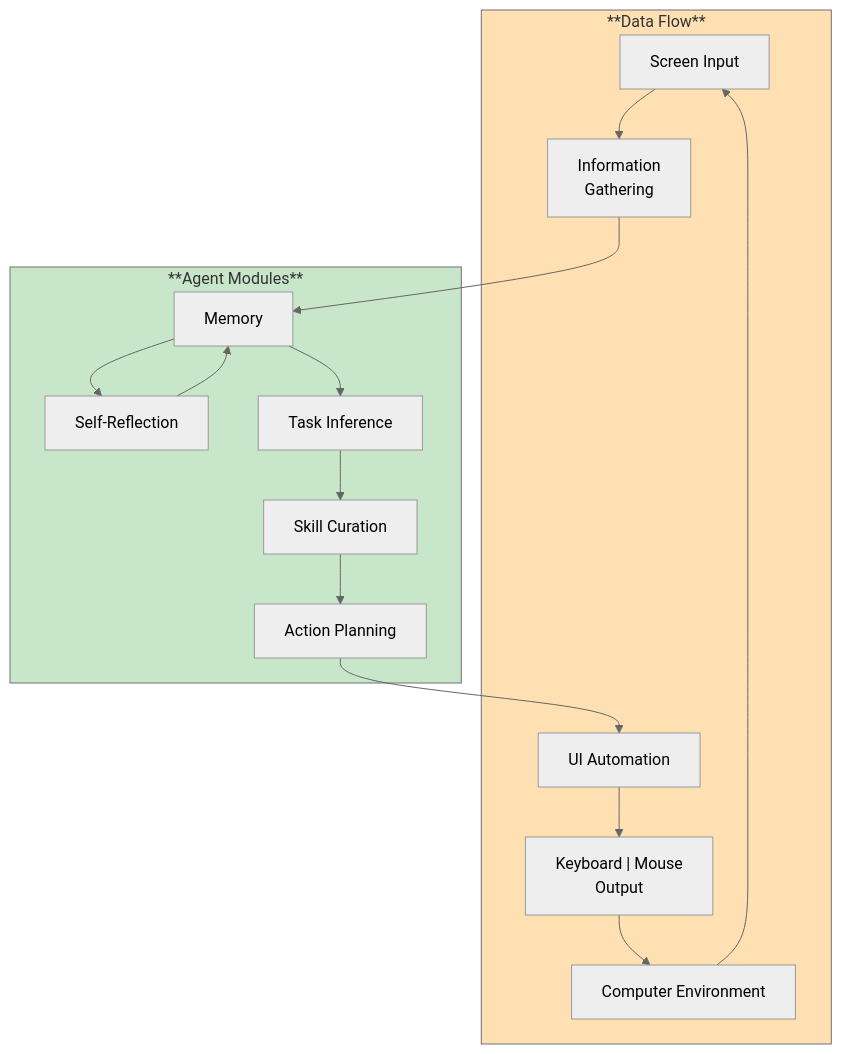
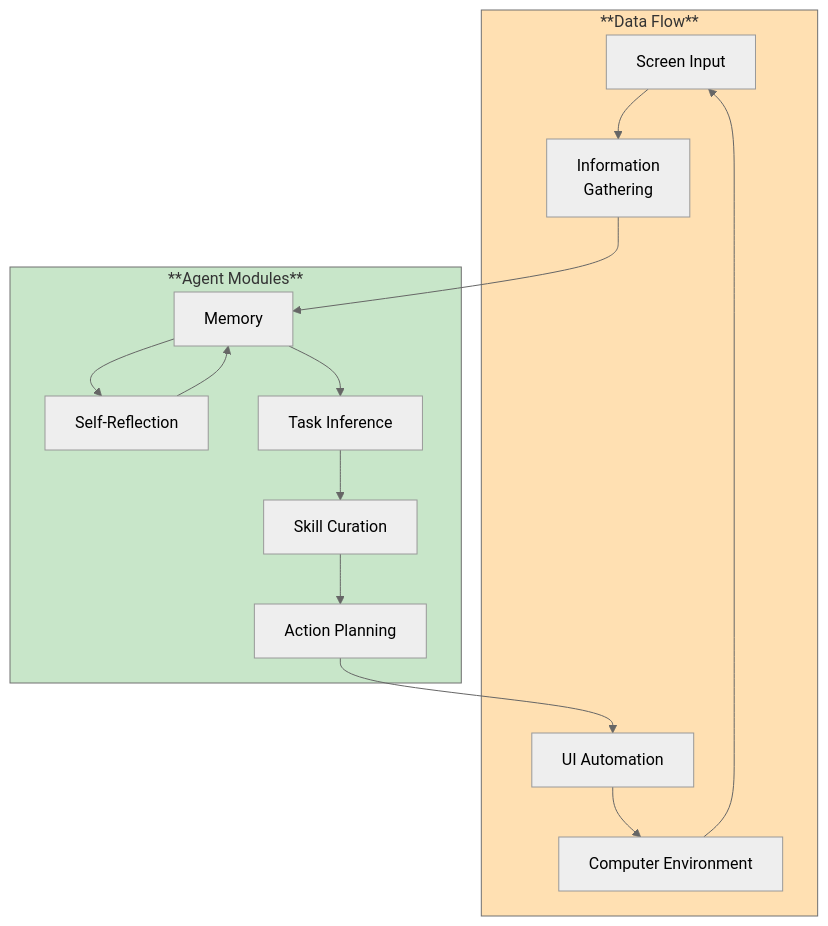
The first of 2 diagrams in README.md (NokkTsang/AI_Gaming_Agent), drawn with Mermaid (neutral theme) before and after one commit. The commit also changed other lines of this file and 18 other files, not shown here.

````diff
--- a/README.md
+++ b/README.md
@@ -36,33 +74,31 @@
 ```mermaid
 ---
 config:
   layout: dagre
 ---
 flowchart TB
  subgraph s1["**Data Flow**"]
         A["Screen Input"]
         B["Information<br>Gathering"]
         H["UI Automation"]
-        I["Keyboard | Mouse<br>Output"]
         J["Computer Environment"]
   end
  subgraph s2["**Agent Modules**"]
         C["Memory"]
         D["Self-Reflection"]
         E["Task Inference"]
         F["Skill Curation"]
         G["Action Planning"]
   end
     A --> B
     B --> C
     C --> D & E
     D --> C
     E --> F
     F --> G
     G --> H
-    H --> I
-    I --> J
+    H --> J
     J --> A
     style s1 fill:#FFE0B2
     style s2 fill:#C8E6C9
 ```
````
